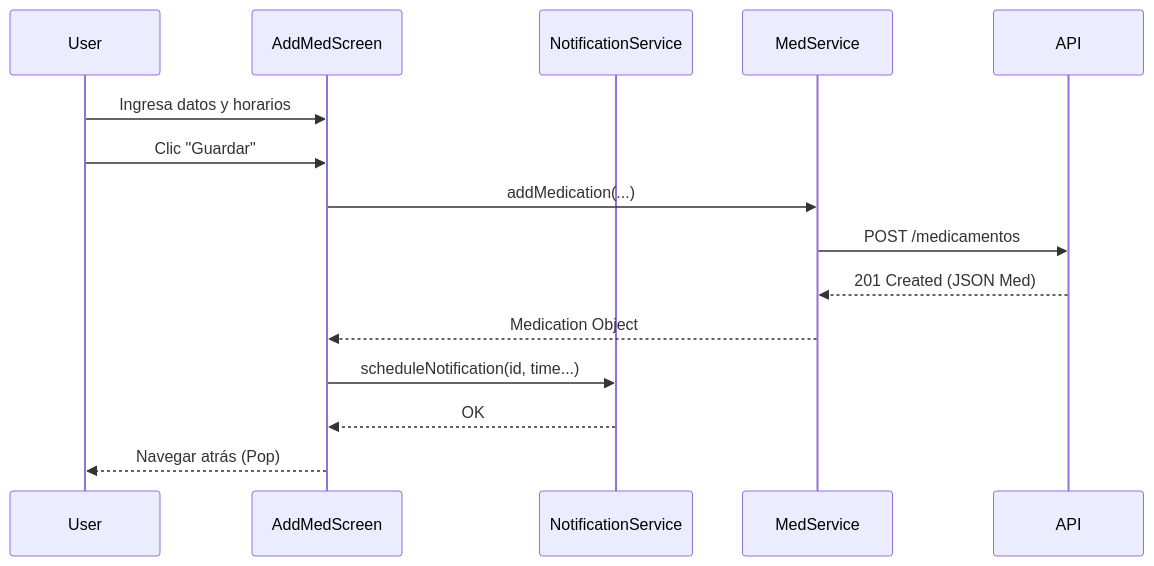
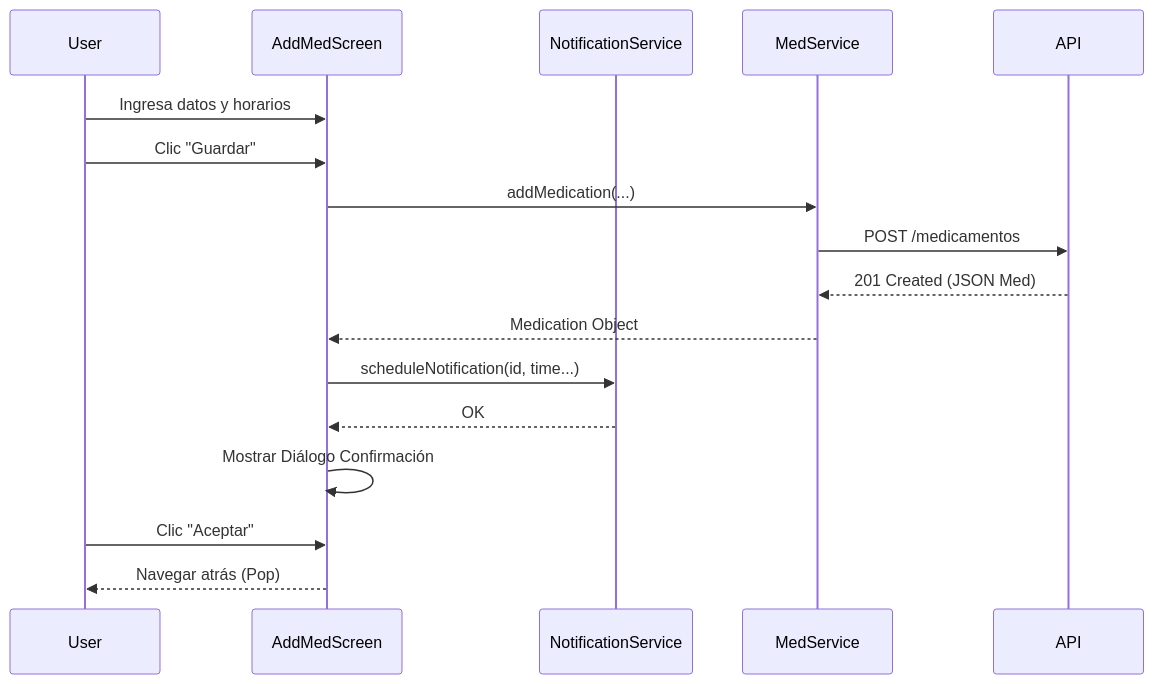
The fifth of 5 diagrams in docs/ARC42.md (ISCOUTB/medtrack-service), drawn with Mermaid before and after one commit. The commit also changed other lines of this file and 8 other files, not shown here.

````diff
--- a/docs/ARC42.md
+++ b/docs/ARC42.md
@@ -154,18 +161,20 @@
 ```mermaid
 sequenceDiagram
     participant User
     participant AddMedScreen
     participant NotificationService
     participant MedService
     participant API
 
     User->>AddMedScreen: Ingresa datos y horarios
     User->>AddMedScreen: Clic "Guardar"
     AddMedScreen->>MedService: addMedication(...)
     MedService->>API: POST /medicamentos
     API-->>MedService: 201 Created (JSON Med)
     MedService-->>AddMedScreen: Medication Object
     AddMedScreen->>NotificationService: scheduleNotification(id, time...)
     NotificationService-->>AddMedScreen: OK
+    AddMedScreen->>AddMedScreen: Mostrar Diálogo Confirmación
+    User->>AddMedScreen: Clic "Aceptar"
     AddMedScreen-->>User: Navegar atrás (Pop)
 ```
````
